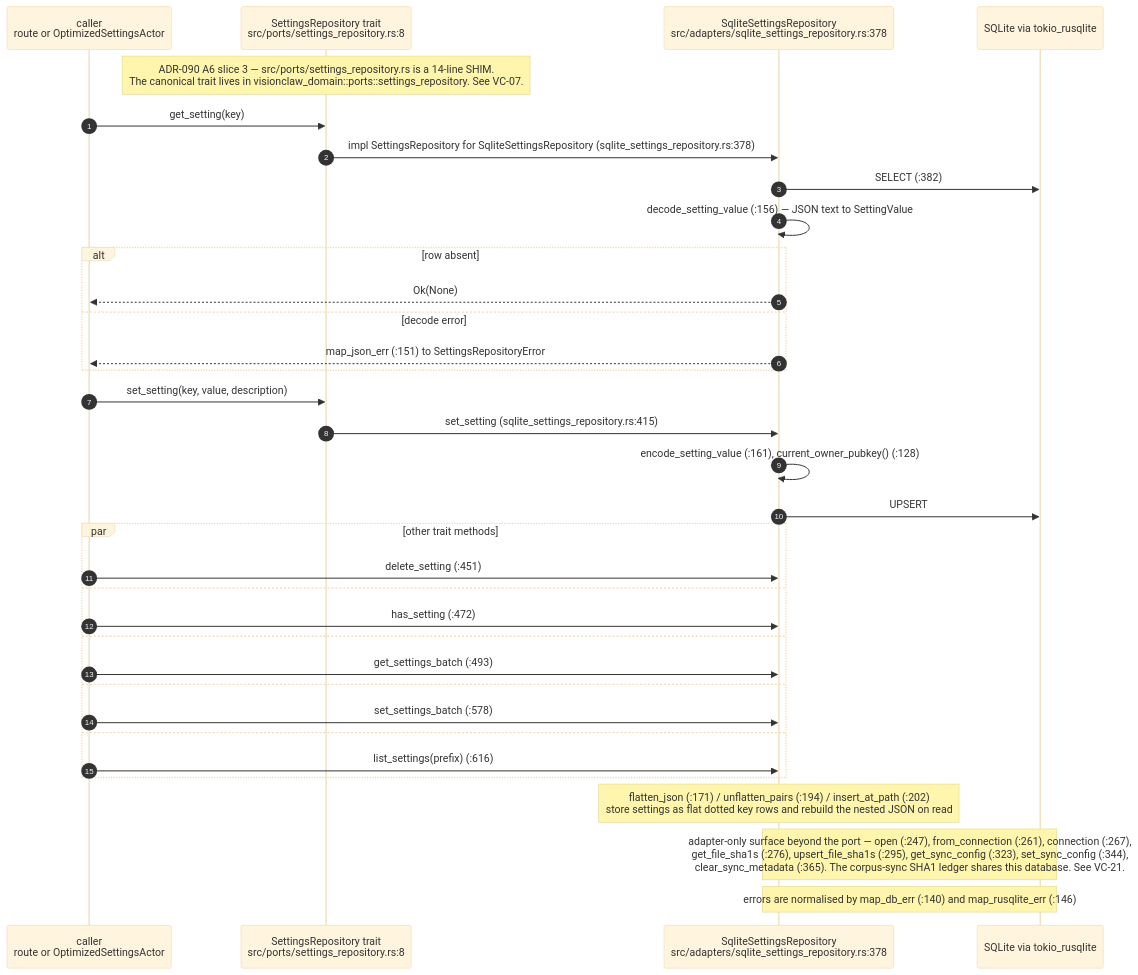
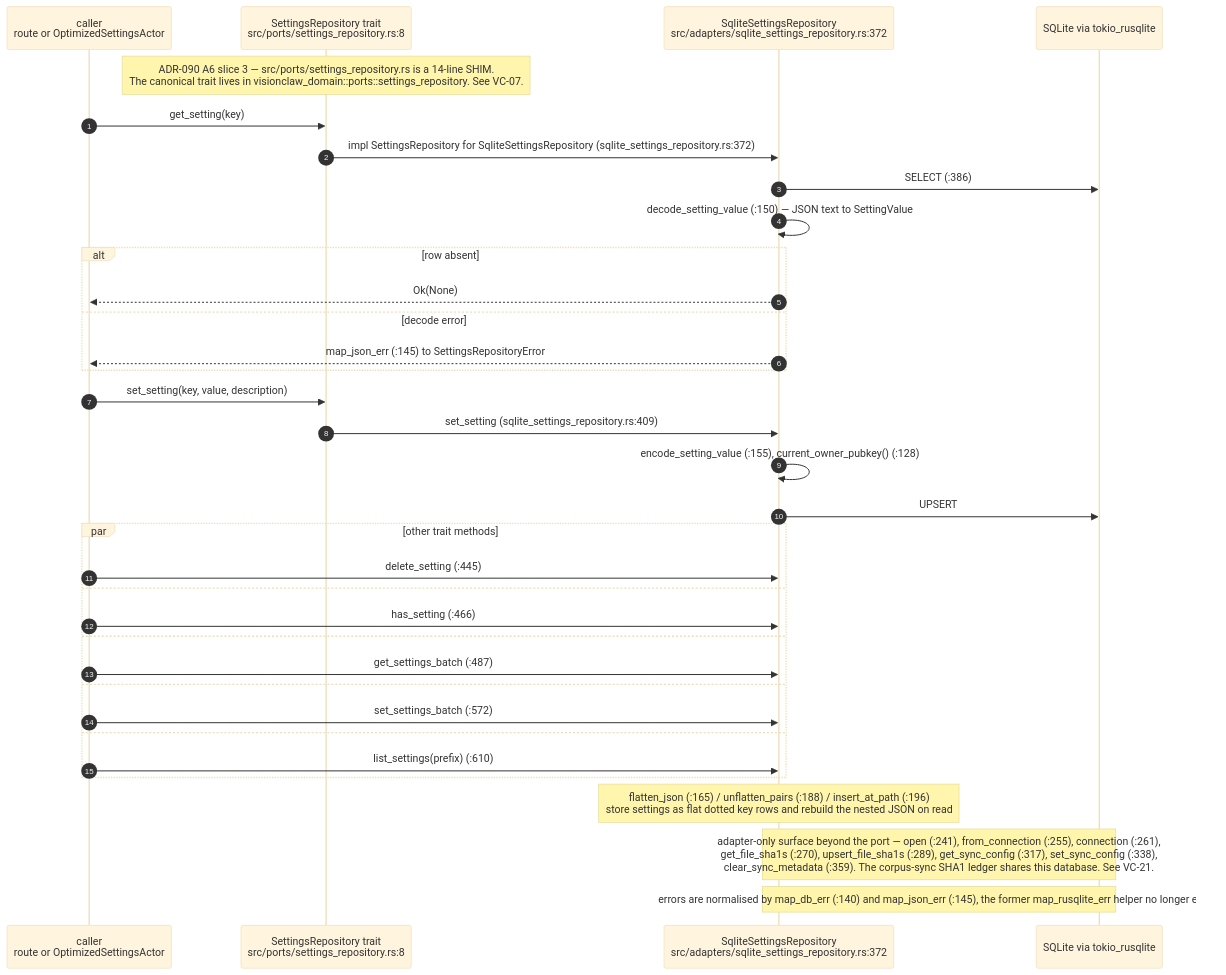
The sixth of 8 diagrams in docs/diagrams/visionclaw/06-settings-round-trip.md (DreamLab-AI/VisionFlow), drawn with Mermaid (base theme) before and after one commit. The commit also changed other lines of this file and 160 other files, not shown here.

````diff
--- a/docs/diagrams/visionclaw/06-settings-round-trip.md
+++ b/docs/diagrams/visionclaw/06-settings-round-trip.md
@@ -196,37 +208,37 @@
 ```mermaid
 sequenceDiagram
     autonumber
     participant A as caller<br/>route or OptimizedSettingsActor
     participant P as SettingsRepository trait<br/>src/ports/settings_repository.rs:8
-    participant AD as SqliteSettingsRepository<br/>src/adapters/sqlite_settings_repository.rs:378
+    participant AD as SqliteSettingsRepository<br/>src/adapters/sqlite_settings_repository.rs:372
     participant DB as SQLite via tokio_rusqlite
 
     Note over P: ADR-090 A6 slice 3 — src/ports/settings_repository.rs is a 14-line SHIM.<br/>The canonical trait lives in visionclaw_domain::ports::settings_repository. See VC-07.
     A->>P: get_setting(key)
-    P->>AD: impl SettingsRepository for SqliteSettingsRepository (sqlite_settings_repository.rs:378)
-    AD->>DB: SELECT (:382)
-    AD->>AD: decode_setting_value (:156) — JSON text to SettingValue
+    P->>AD: impl SettingsRepository for SqliteSettingsRepository (sqlite_settings_repository.rs:372)
+    AD->>DB: SELECT (:386)
+    AD->>AD: decode_setting_value (:150) — JSON text to SettingValue
     alt row absent
         AD-->>A: Ok(None)
     else decode error
-        AD-->>A: map_json_err (:151) to SettingsRepositoryError
+        AD-->>A: map_json_err (:145) to SettingsRepositoryError
     end
     A->>P: set_setting(key, value, description)
-    P->>AD: set_setting (sqlite_settings_repository.rs:415)
-    AD->>AD: encode_setting_value (:161), current_owner_pubkey() (:128)
+    P->>AD: set_setting (sqlite_settings_repository.rs:409)
+    AD->>AD: encode_setting_value (:155), current_owner_pubkey() (:128)
     AD->>DB: UPSERT
     par other trait methods
-        A->>AD: delete_setting (:451)
+        A->>AD: delete_setting (:445)
     and
-        A->>AD: has_setting (:472)
+        A->>AD: has_setting (:466)
     and
-        A->>AD: get_settings_batch (:493)
+        A->>AD: get_settings_batch (:487)
     and
-        A->>AD: set_settings_batch (:578)
+        A->>AD: set_settings_batch (:572)
     and
-        A->>AD: list_settings(prefix) (:616)
+        A->>AD: list_settings(prefix) (:610)
     end
-    Note over AD: flatten_json (:171) / unflatten_pairs (:194) / insert_at_path (:202)<br/>store settings as flat dotted key rows and rebuild the nested JSON on read
-    Note over AD,DB: adapter-only surface beyond the port — open (:247), from_connection (:261), connection (:267),<br/>get_file_sha1s (:276), upsert_file_sha1s (:295), get_sync_config (:323), set_sync_config (:344),<br/>clear_sync_metadata (:365). The corpus-sync SHA1 ledger shares this database. See VC-21.
-    Note over AD,DB: errors are normalised by map_db_err (:140) and map_rusqlite_err (:146)
+    Note over AD: flatten_json (:165) / unflatten_pairs (:188) / insert_at_path (:196)<br/>store settings as flat dotted key rows and rebuild the nested JSON on read
+    Note over AD,DB: adapter-only surface beyond the port — open (:241), from_connection (:255), connection (:261),<br/>get_file_sha1s (:270), upsert_file_sha1s (:289), get_sync_config (:317), set_sync_config (:338),<br/>clear_sync_metadata (:359). The corpus-sync SHA1 ledger shares this database. See VC-21.
+    Note over AD,DB: errors are normalised by map_db_err (:140) and map_json_err (:145), the former map_rusqlite_err helper no longer exists
 ```
````
